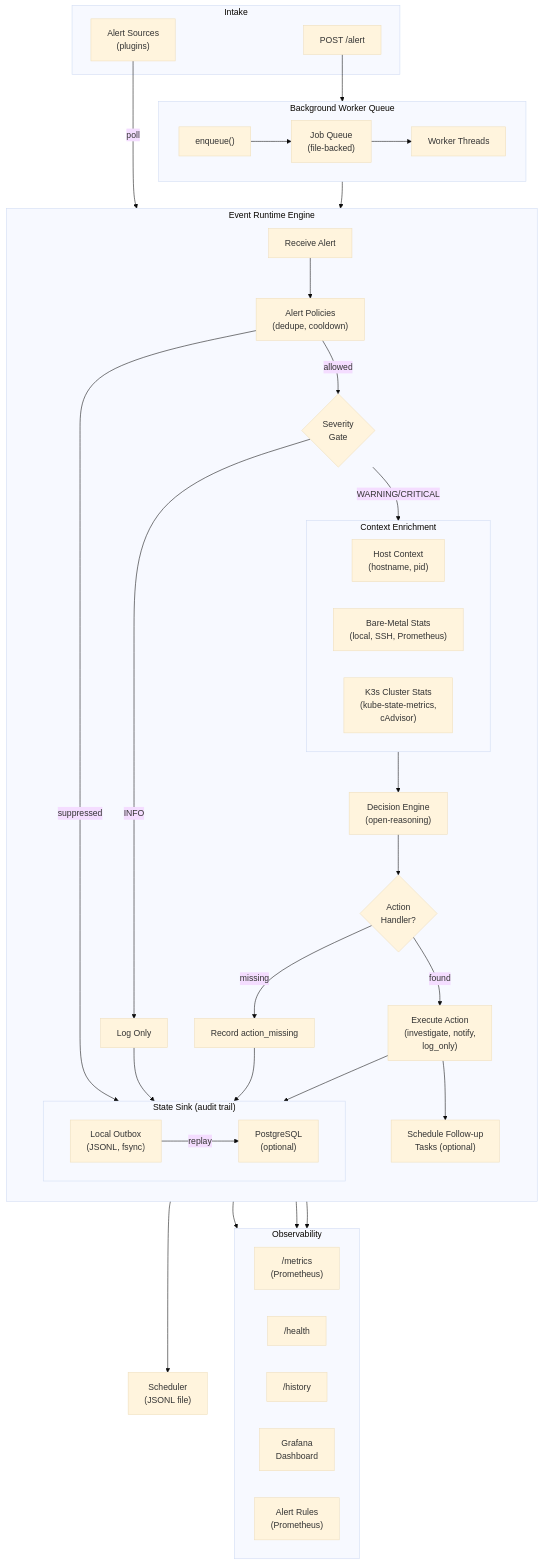
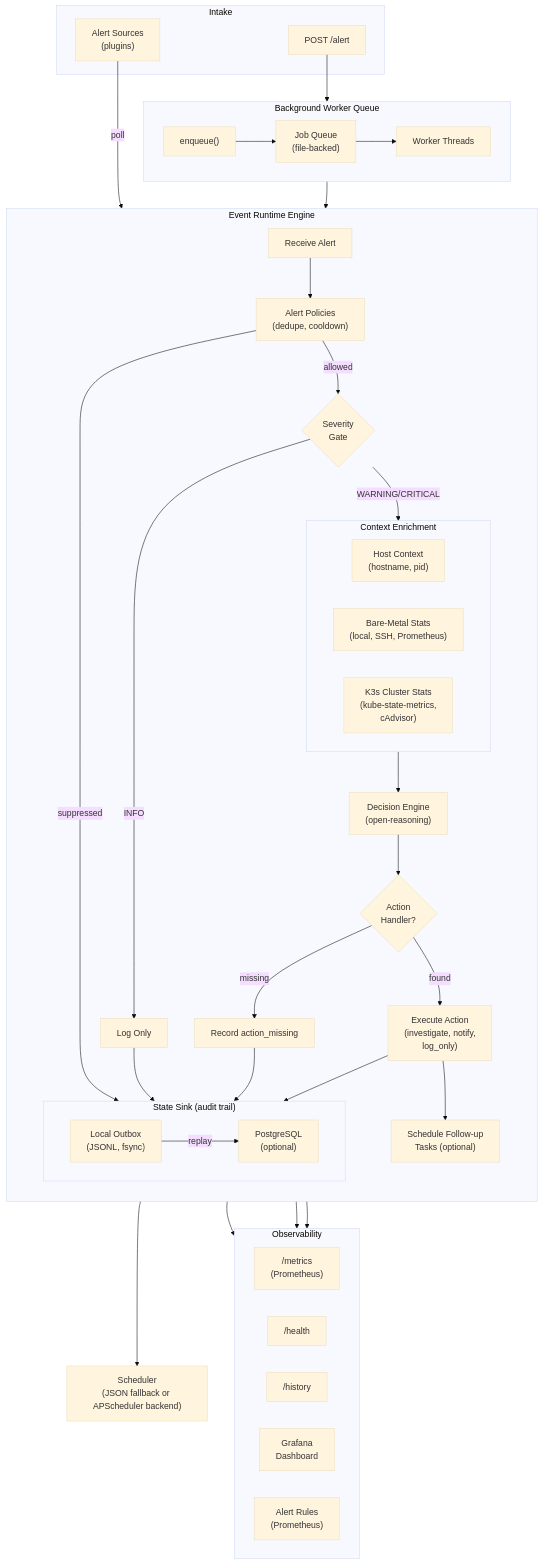
Before and after one commit to aachtenberg/cfoperator: the diagram in docs/event-runtime-quickstart.md, drawn with Mermaid (base theme). The commit also changed other lines of this file and 15 other files, not shown here.

````diff
--- a/docs/event-runtime-quickstart.md
+++ b/docs/event-runtime-quickstart.md
@@ -5,66 +5,66 @@
 ```mermaid
 flowchart TD
     subgraph Intake
         HTTP["POST /alert"]
         Sources["Alert Sources<br/>(plugins)"]
     end
 
     HTTP --> Worker
     Sources -->|poll| Engine
 
     subgraph Worker["Background Worker Queue"]
         direction LR
         Enqueue["enqueue()"] --> Q["Job Queue<br/>(file-backed)"]
         Q --> Threads["Worker Threads"]
     end
 
     Threads --> Engine
 
     subgraph Engine["Event Runtime Engine"]
         direction TB
         Receive["Receive Alert"] --> Policies
         Policies["Alert Policies<br/>(dedupe, cooldown)"]
         Policies -->|suppressed| Audit
         Policies -->|allowed| Gate
         Gate{"Severity<br/>Gate"}
         Gate -->|INFO| LogOnly["Log Only"]
         Gate -->|WARNING/CRITICAL| Context
 
         subgraph Context["Context Enrichment"]
             direction LR
             HostCtx["Host Context<br/>(hostname, pid)"]
             BareMetalCtx["Bare-Metal Stats<br/>(local, SSH, Prometheus)"]
             K3sCtx["K3s Cluster Stats<br/>(kube-state-metrics,<br/>cAdvisor)"]
         end
 
         Context --> Decision["Decision Engine<br/>(open-reasoning)"]
         Decision --> Handler{"Action<br/>Handler?"}
         Handler -->|missing| Fail["Record action_missing"]
         Handler -->|found| Execute["Execute Action<br/>(investigate, notify,<br/>log_only)"]
         Execute --> Schedule["Schedule Follow-up<br/>Tasks (optional)"]
     end
 
     LogOnly --> Audit
     Fail --> Audit
     Execute --> Audit
-    Schedule --> Scheduler["Scheduler<br/>(JSONL file)"]
+    Schedule --> Scheduler["Scheduler<br/>(JSON fallback or APScheduler backend)"]
 
     subgraph Audit["State Sink (audit trail)"]
         direction LR
         Local["Local Outbox<br/>(JSONL, fsync)"]
         Local -->|replay| Remote["PostgreSQL<br/>(optional)"]
     end
 
     subgraph Observe["Observability"]
         direction LR
         Metrics["/metrics<br/>(Prometheus)"]
         Health["/health"]
         History["/history"]
         Grafana["Grafana<br/>Dashboard"]
         AlertRules["Alert Rules<br/>(Prometheus)"]
     end
 
     Audit --> Metrics
     Audit --> History
     Engine --> Metrics
 ```
````
